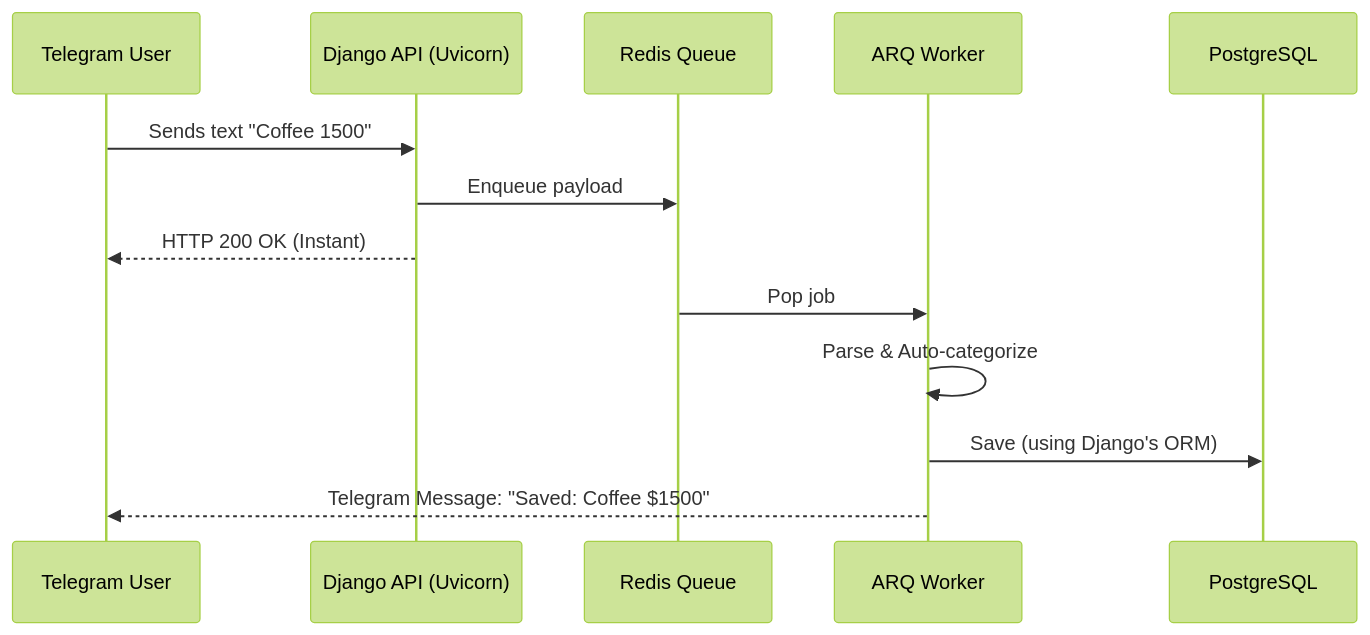
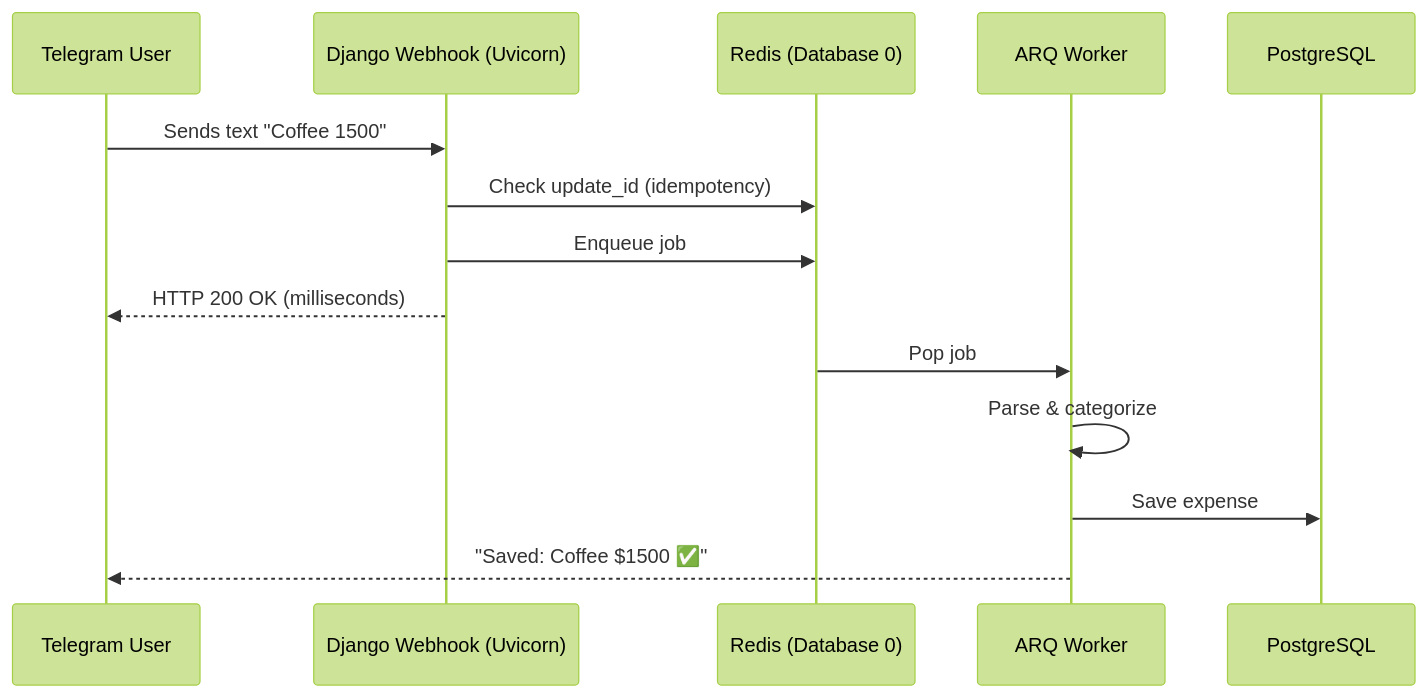
The diagram in README.md (ivanvallejoss/smartexpense), drawn with Mermaid (forest theme) before and after one commit. The commit also changed other lines of this file and 1 other file, not shown here.

````diff
--- a/README.md
+++ b/README.md
@@ -37,16 +76,17 @@
 ```mermaid
 sequenceDiagram
     participant User as Telegram User
-    participant Webhook as Django API (Uvicorn)
-    participant Redis as Redis Queue
+    participant Webhook as Django Webhook (Uvicorn)
+    participant Redis as Redis (Database 0)
     participant Worker as ARQ Worker
     participant DB as PostgreSQL
 
     User->>Webhook: Sends text "Coffee 1500"
-    Webhook->>Redis: Enqueue payload
-    Webhook-->>User: HTTP 200 OK (Instant)
+    Webhook->>Redis: Check update_id (idempotency)
+    Webhook->>Redis: Enqueue job
+    Webhook-->>User: HTTP 200 OK (milliseconds)
     Redis->>Worker: Pop job
-    Worker->>Worker: Parse & Auto-categorize
-    Worker->>DB: Save (using Django's ORM)
-    Worker-->>User: Telegram Message: "Saved: Coffee $1500"
+    Worker->>Worker: Parse & categorize
+    Worker->>DB: Save expense
+    Worker-->>User: "Saved: Coffee $1500 ✅"
 ```
````
